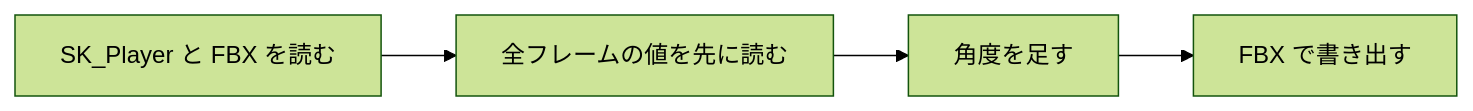
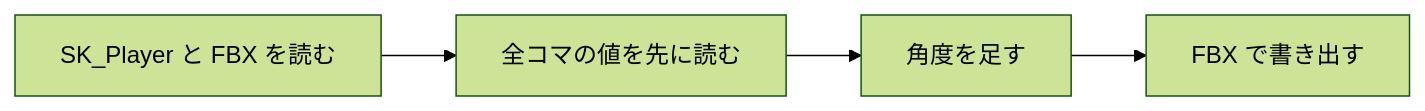
One commit to hirota-ryuki/Action changed the diagram in Action/docs/ゲーム/アニメーション制作/姿勢補正スクリプトの設計.md. Above: the diagram before and after it, drawn with Mermaid (forest theme). The commit also changed other lines of this file and 9 other files, not shown here.

````diff
--- a/Action/docs/ゲーム/アニメーション制作/姿勢補正スクリプトの設計.md
+++ b/Action/docs/ゲーム/アニメーション制作/姿勢補正スクリプトの設計.md
@@ -16,6 +16,6 @@
 ```mermaid
 flowchart LR
-    A["SK_Player と FBX を読む"] --> B[全フレームの値を先に読む]
+    A["SK_Player と FBX を読む"] --> B[全コマの値を先に読む]
     B --> C[角度を足す]
     C --> D[FBX で書き出す]
 ```
````
